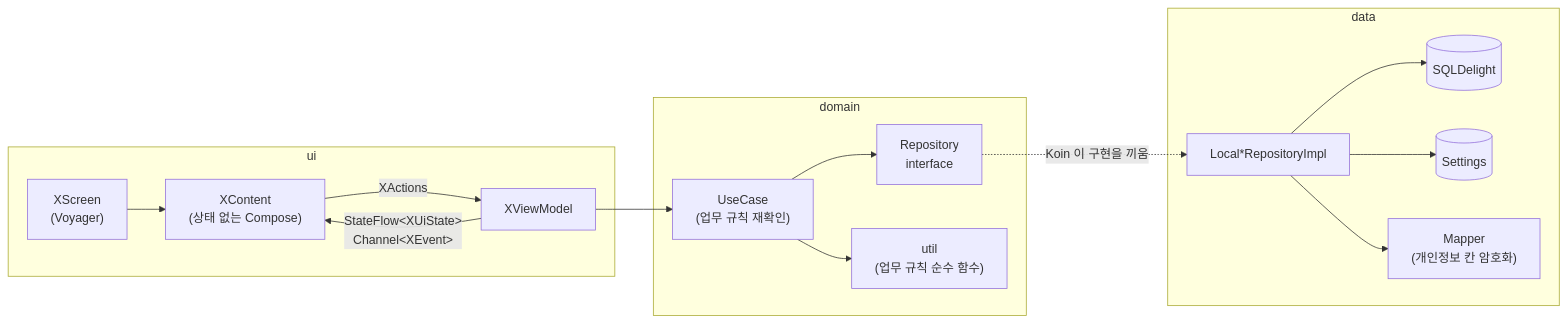
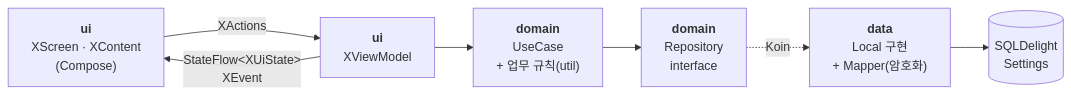
The diagram in README.md (EunilSung/Securities_ODS_Mobile), drawn with Mermaid before and after one commit.

Commit message:
README 아키텍처 다이어그램을 한 줄 흐름으로 줄여 읽히게 한다

````diff
--- a/README.md
+++ b/README.md
@@ -46,20 +46,9 @@
 ```mermaid
 flowchart LR
-    subgraph UI["ui"]
-        S["XScreen<br/>(Voyager)"] --> C["XContent<br/>(상태 없는 Compose)"]
-        C -- "XActions" --> VM["XViewModel"]
-        VM -- "StateFlow&lt;XUiState&gt;<br/>Channel&lt;XEvent&gt;" --> C
-    end
-    subgraph Domain["domain"]
-        UC["UseCase<br/>(업무 규칙 재확인)"] --> RI["Repository<br/>interface"]
-        P["util<br/>(업무 규칙 순수 함수)"]
-    end
-    subgraph Data["data"]
-        RL["Local*RepositoryImpl"] --> DB[("SQLDelight")]
-        RL --> ST[("Settings")]
-        RL --> M["Mapper<br/>(개인정보 칸 암호화)"]
-    end
-    VM --> UC
-    UC --> P
-    RI -. "Koin 이 구현을 끼움" .-> RL
+    A["<b>ui</b><br/>XScreen · XContent<br/>(Compose)"] -- "XActions" --> B["<b>ui</b><br/>XViewModel"]
+    B -- "StateFlow&lt;XUiState&gt;<br/>XEvent" --> A
+    B --> C["<b>domain</b><br/>UseCase<br/>+ 업무 규칙(util)"]
+    C --> D["<b>domain</b><br/>Repository<br/>interface"]
+    D -. "Koin" .-> E["<b>data</b><br/>Local 구현<br/>+ Mapper(암호화)"]
+    E --> F[("SQLDelight<br/>Settings")]
 ```
````
